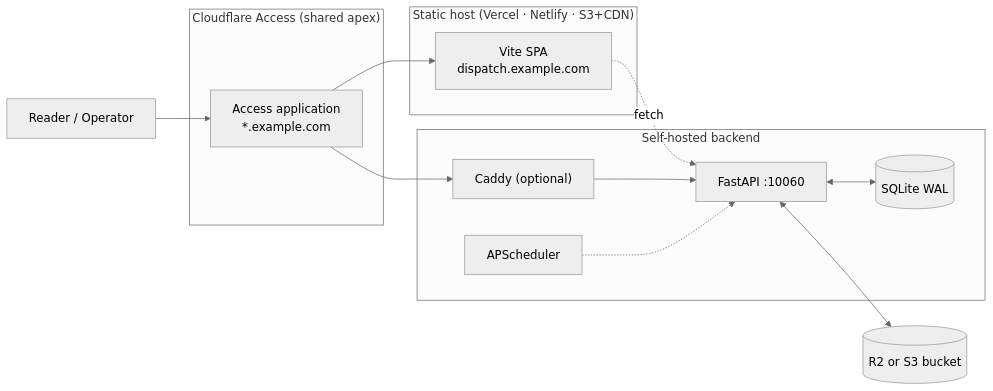
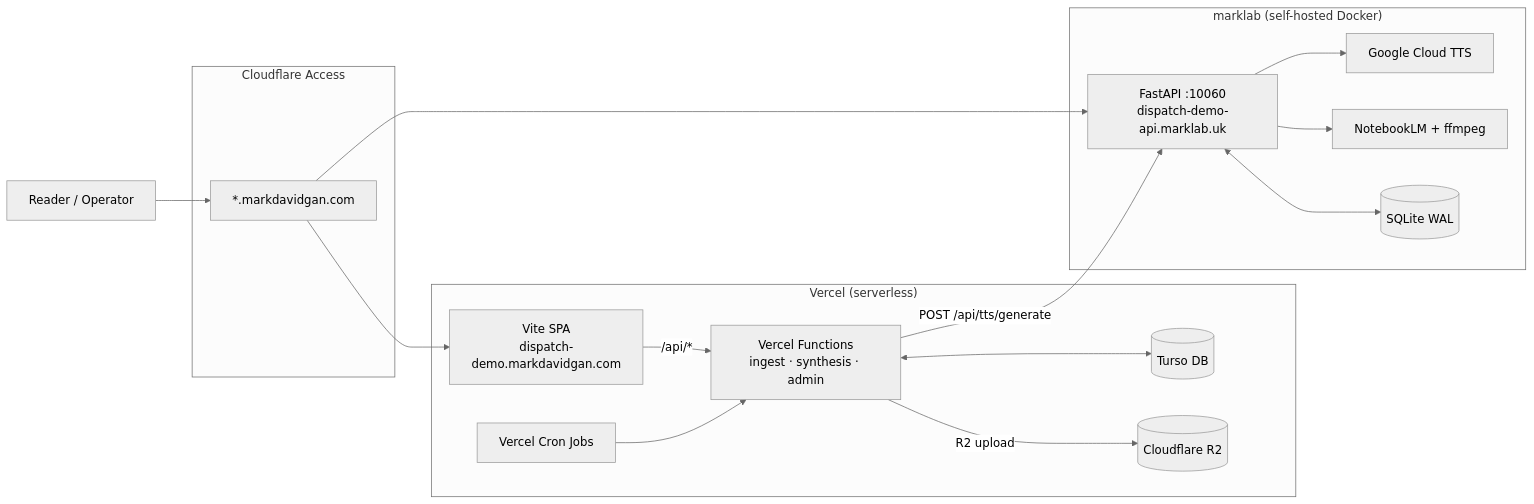
The first of 2 diagrams in docs/architecture/DEPLOYMENT.md (markdavidgan/dispatch), drawn with Mermaid (neutral theme) before and after one commit. The commit also changed other lines of this file and 5 other files, not shown here.

First line of the commit message:
docs: update architecture for hybrid Vercel + marklab deployment

````diff
--- a/docs/architecture/DEPLOYMENT.md
+++ b/docs/architecture/DEPLOYMENT.md
@@ -70,30 +11,35 @@
 ```mermaid
 flowchart LR
     user["Reader / Operator"]
 
-    subgraph access["Cloudflare Access (shared apex)"]
-        cfa["Access application<br/>*.example.com"]
+    subgraph access["Cloudflare Access"]
+        cfa["*.markdavidgan.com"]
     end
 
-    subgraph cdn["Static host (Vercel · Netlify · S3+CDN)"]
-        spa["Vite SPA<br/>dispatch.example.com"]
+    subgraph vercel["Vercel (serverless)"]
+        spa["Vite SPA<br/>dispatch-demo.markdavidgan.com"]
+        api["Vercel Functions<br/>ingest · synthesis · admin"]
+        cron["Vercel Cron Jobs"]
+        turso[("Turso DB")]
+        r2[("Cloudflare R2")]
     end
 
-    subgraph back["Self-hosted backend"]
-        caddy["Caddy (optional)"]
-        api["FastAPI :10060"]
-        sched["APScheduler"]
-        db[("SQLite WAL")]
+    subgraph marklab["marklab (self-hosted Docker)"]
+        be["FastAPI :10060<br/>dispatch-demo-api.marklab.uk"]
+        gcp["Google Cloud TTS"]
+        nlm["NotebookLM + ffmpeg"]
+        sqlite[("SQLite WAL")]
     end
-
-    storage[("R2 or S3 bucket")]
 
     user --> cfa
     cfa --> spa
-    cfa --> caddy
-    spa -.fetch.-> api
-    caddy --> api
-    api <--> db
-    api <--> storage
-    sched -.-> api
+    cfa --> be
+    spa -->|"/api/*"| api
+    api <--> turso
+    api -->|"POST /api/tts/generate"| be
+    api -->|"R2 upload"| r2
+    cron --> api
+    be --> gcp
+    be --> nlm
+    be <--> sqlite
 ```
````
